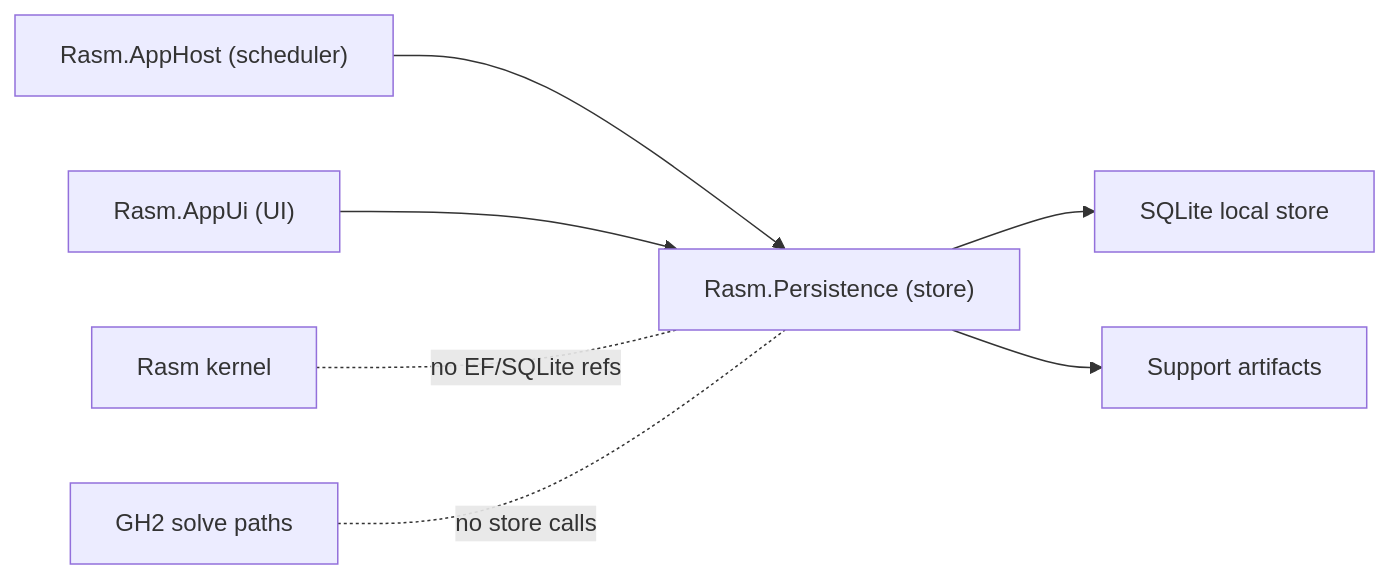
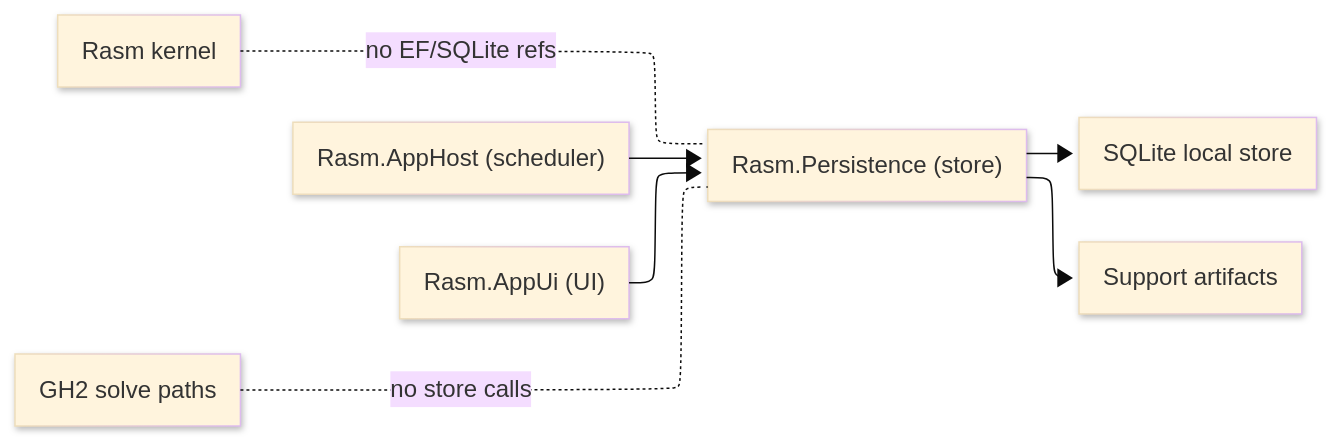
Before and after one commit to bsamiee/Rasm: the diagram in libs/csharp/Rasm.Persistence/_ARCHITECTURE.md, drawn with Mermaid. The commit also changed other lines of this file and 153 other files, not shown here.

````diff
--- a/libs/csharp/Rasm.Persistence/_ARCHITECTURE.md
+++ b/libs/csharp/Rasm.Persistence/_ARCHITECTURE.md
@@ -7,9 +7,21 @@
 ```mermaid
+---
+config:
+  layout: elk
+  look: neo
+  theme: base
+  elk:
+    mergeEdges: false
+    nodePlacementStrategy: BRANDES_KOEPF
+    cycleBreakingStrategy: GREEDY_MODEL_ORDER
+---
 flowchart LR
+    accTitle: Rasm Persistence durable-state boundary
+    accDescr: AppHost schedules durable work and AppUi observes state through Rasm Persistence, which owns the SQLite store and support artifacts while the kernel and GH2 solve paths stay isolated from store calls.
     AppHost["Rasm.AppHost (scheduler)"] --> Persistence["Rasm.Persistence (store)"]
     AppUi["Rasm.AppUi (UI)"] --> Persistence
     Persistence --> SQLite["SQLite local store"]
     Persistence --> Support["Support artifacts"]
     Rasm["Rasm kernel"] -. "no EF/SQLite refs" .- Persistence
     GH["GH2 solve paths"] -. "no store calls" .- Persistence
 ```
````
